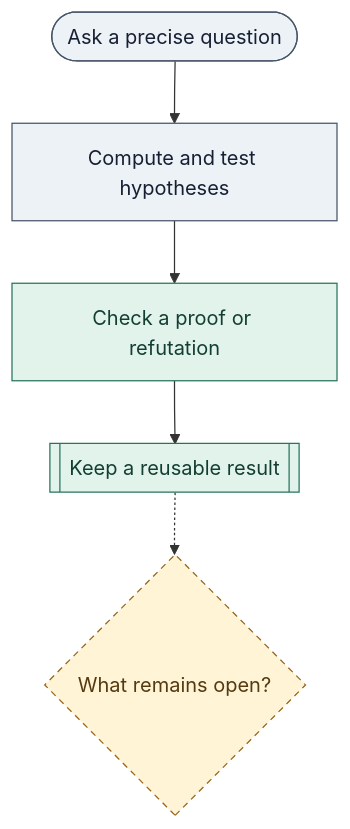
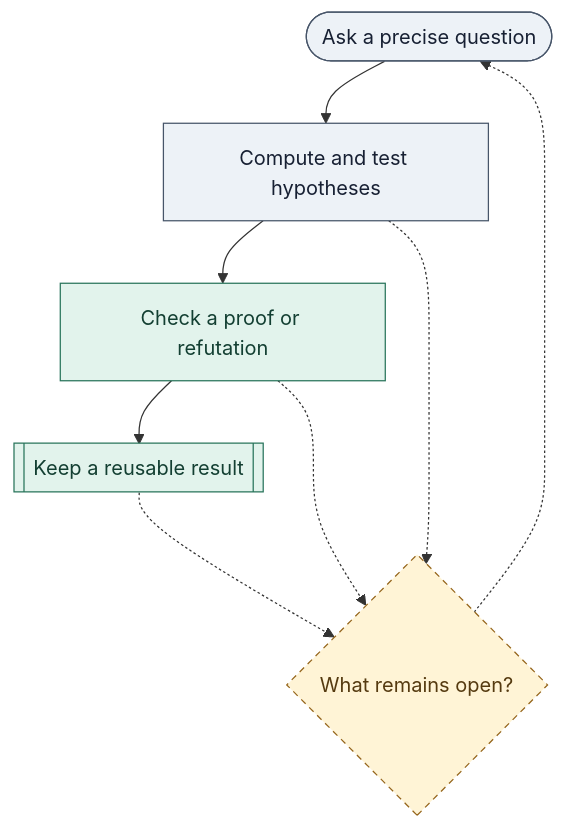
Before and after one commit to the-omega-institute/trureturing: the diagram in README.md, drawn with Mermaid. The commit also changed other lines of this file, not shown here.

Commit message:
docs: show returning and unresolved inquiry paths in README

````diff
--- a/README.md
+++ b/README.md
@@ -236,15 +236,18 @@
 ```mermaid
 flowchart TD
     accTitle: From inquiry to reusable knowledge and the next question
-    accDescr: Ask a question, compute and test hypotheses, check a proof or refutation, and keep a reusable result. A dashed arrow leads to the next open question.
+    accDescr: Ask a question, test hypotheses, check a proof or refutation, and keep a reusable result. Dashed paths return unresolved questions from testing, proof checking or results to the next inquiry.
     Q([Ask a precise question]) --> T[Compute and test hypotheses]
     T --> P[Check a proof or refutation]
     P --> R[[Keep a reusable result]]
     R -.-> N{What remains open?}
+    T -.-> N
+    P -.-> N
+    N -.-> Q
     classDef foundation fill:#edf2f7,stroke:#475569,color:#172033
     classDef proved fill:#e2f3ec,stroke:#28745b,color:#133f32
     classDef frontier fill:#fff4d6,stroke:#95651b,color:#553a10,stroke-dasharray:5 4
     class Q,T foundation
     class P,R proved
     class N frontier
 ```
````
